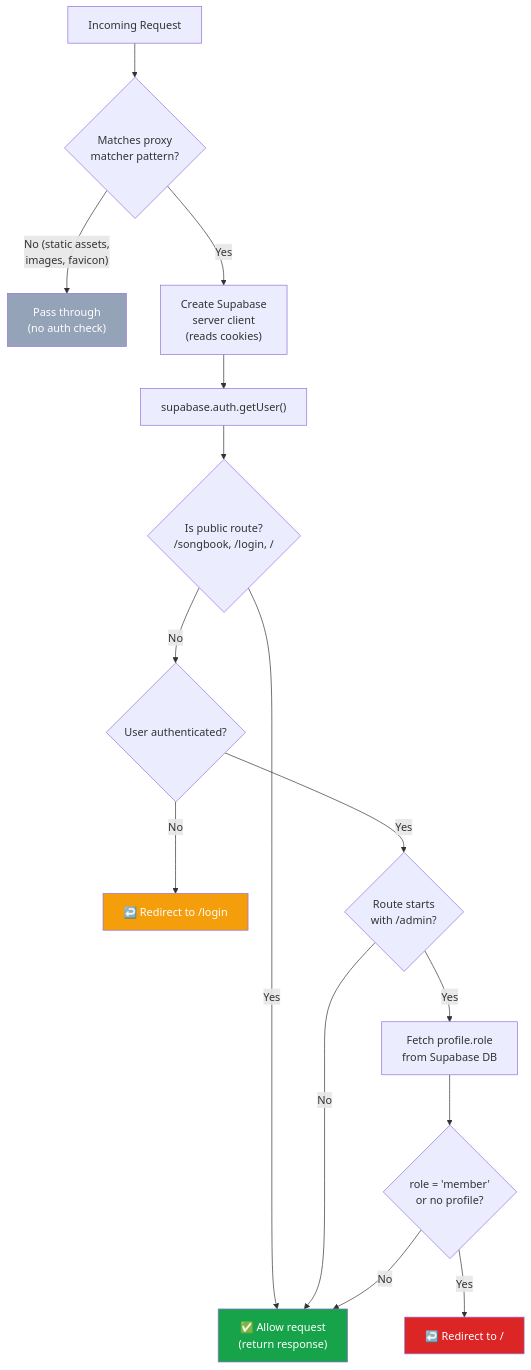
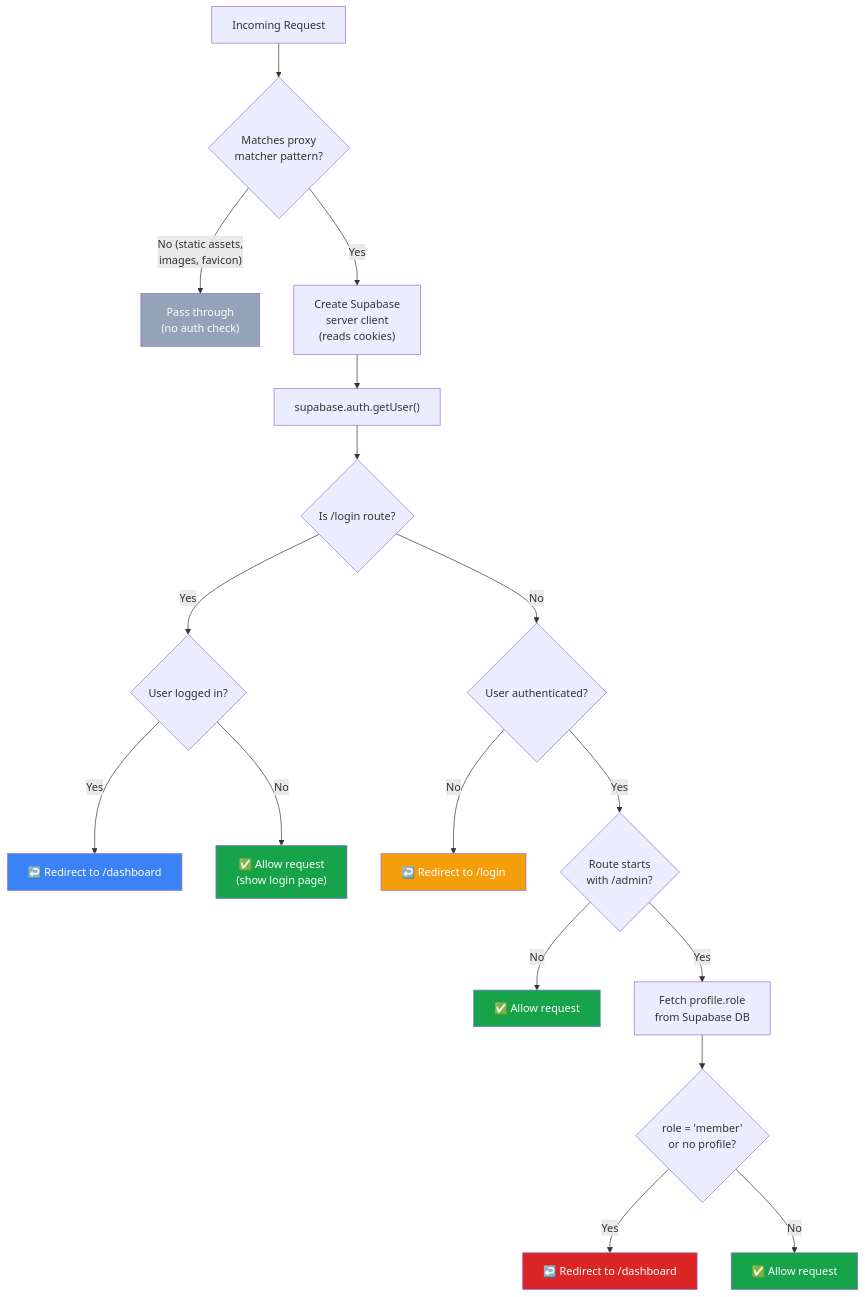
Before and after one commit to Felege-Yordanos-Tech-Team/felege-yordanos-app: the first of 6 diagrams in docs/auth-flow.md, drawn with Mermaid. The commit also changed other lines of this file and 3 other files, not shown here.

First line of the commit message:
docs: 📝 update architecture docs and add database schema

````diff
--- a/docs/auth-flow.md
+++ b/docs/auth-flow.md
@@ -7,28 +7,34 @@
 ```mermaid
 flowchart TD
     REQ["Incoming Request"] --> MATCHER{Matches proxy<br/>matcher pattern?}
 
     MATCHER -->|"No (static assets,<br/>images, favicon)"| PASS_THROUGH["Pass through<br/>(no auth check)"]
     MATCHER -->|Yes| SUPABASE["Create Supabase<br/>server client<br/>(reads cookies)"]
 
     SUPABASE --> GET_USER["supabase.auth.getUser()"]
-    GET_USER --> CHECK_PUBLIC{Is public route?<br/>/songbook, /login, /}
+    GET_USER --> CHECK_LOGIN{Is /login route?}
 
-    CHECK_PUBLIC -->|Yes| ALLOW["✅ Allow request<br/>(return response)"]
-    CHECK_PUBLIC -->|No| CHECK_AUTH{User authenticated?}
+    CHECK_LOGIN -->|Yes| CHECK_LOGGED_IN{User logged in?}
+    CHECK_LOGGED_IN -->|Yes| REDIRECT_DASH["↩️ Redirect to /dashboard"]
+    CHECK_LOGGED_IN -->|No| ALLOW["✅ Allow request<br/>(show login page)"]
+
+    CHECK_LOGIN -->|No| CHECK_AUTH{User authenticated?}
 
     CHECK_AUTH -->|No| REDIRECT_LOGIN["↩️ Redirect to /login"]
     CHECK_AUTH -->|Yes| CHECK_ADMIN{Route starts<br/>with /admin?}
 
-    CHECK_ADMIN -->|No| ALLOW
+    CHECK_ADMIN -->|No| ALLOW_AUTH["✅ Allow request"]
     CHECK_ADMIN -->|Yes| FETCH_ROLE["Fetch profile.role<br/>from Supabase DB"]
 
     FETCH_ROLE --> CHECK_ROLE{role = 'member'<br/>or no profile?}
-    CHECK_ROLE -->|Yes| REDIRECT_HOME["↩️ Redirect to /"]
-    CHECK_ROLE -->|No| ALLOW
+    CHECK_ROLE -->|Yes| REDIRECT_DASHBOARD["↩️ Redirect to /dashboard"]
+    CHECK_ROLE -->|No| ALLOW_ADMIN["✅ Allow request"]
 
     style ALLOW fill:#16a34a,color:#fff
+    style ALLOW_AUTH fill:#16a34a,color:#fff
+    style ALLOW_ADMIN fill:#16a34a,color:#fff
     style REDIRECT_LOGIN fill:#f59e0b,color:#fff
-    style REDIRECT_HOME fill:#dc2626,color:#fff
+    style REDIRECT_DASH fill:#3b82f6,color:#fff
+    style REDIRECT_DASHBOARD fill:#dc2626,color:#fff
     style PASS_THROUGH fill:#94a3b8,color:#fff
 ```
````
